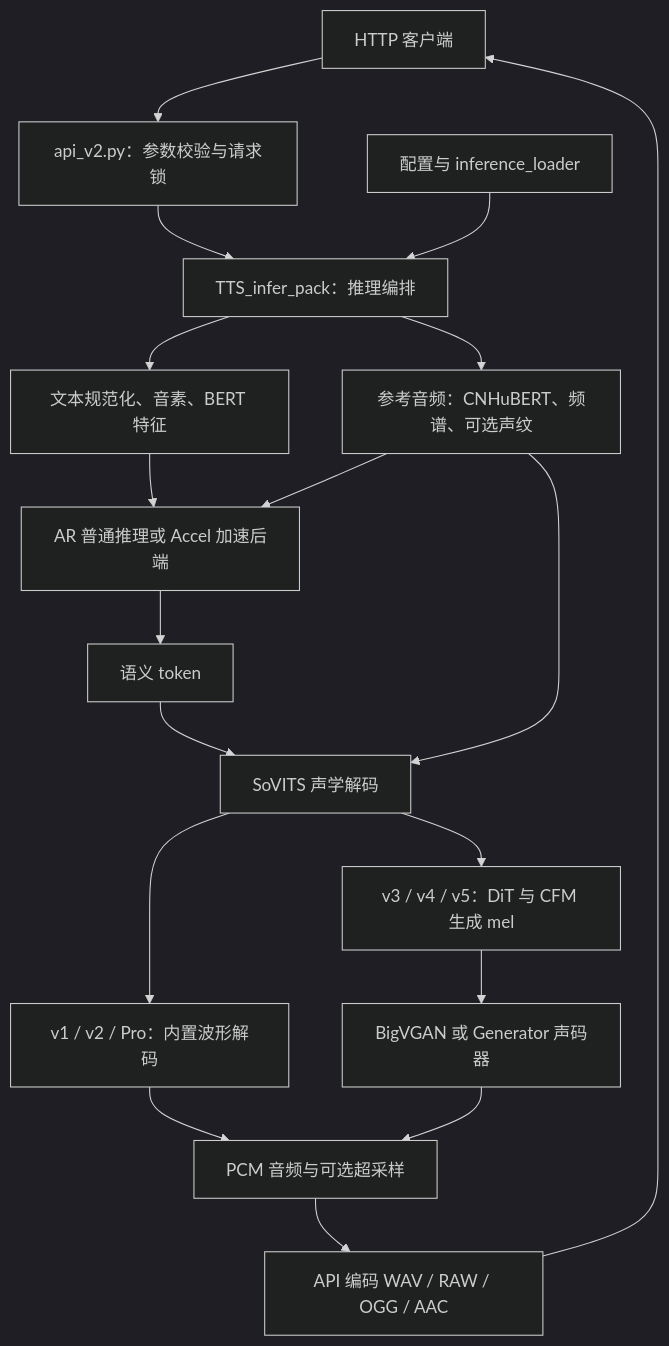
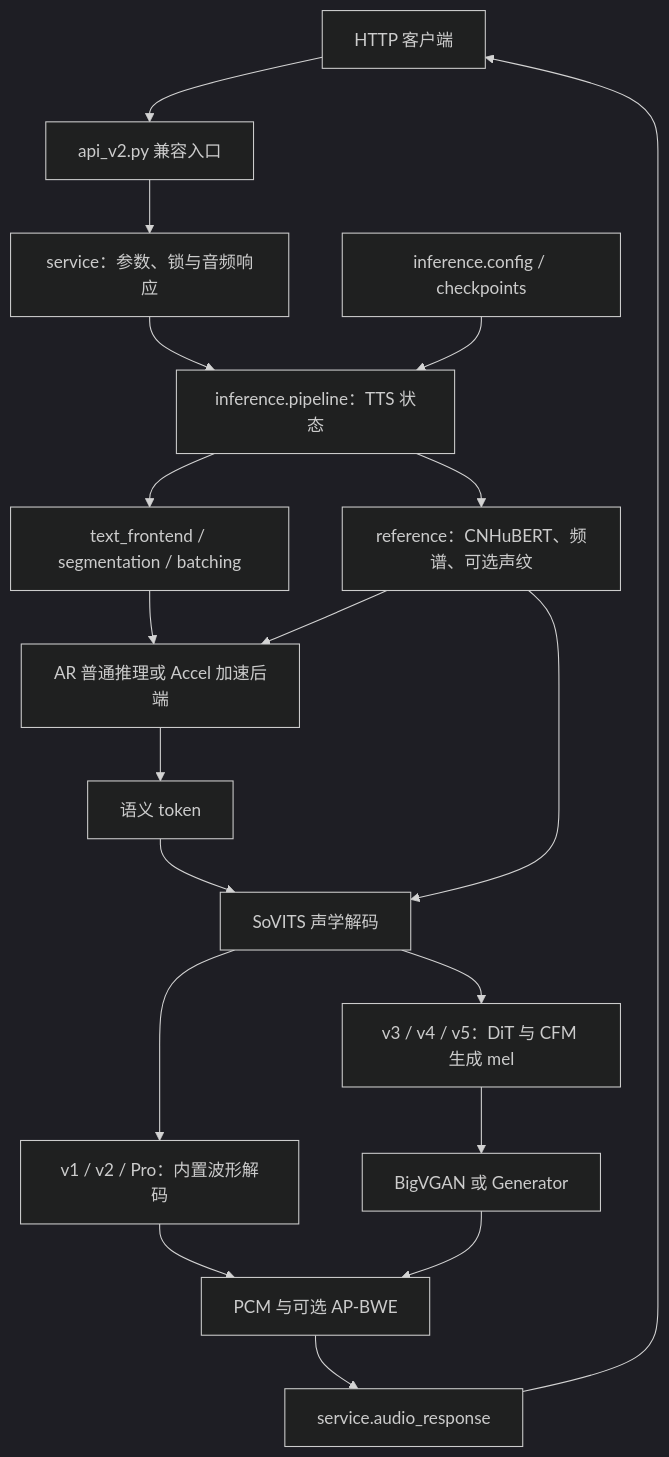
Before and after one commit to RVC-Boss/GPT-SoVITS: the diagram in docs/architecture.md, drawn with Mermaid (dark theme). The commit also changed other lines of this file and 78 other files, not shown here.

Commit message:
refactor: reorganize inference service architecture

````diff
--- a/docs/architecture.md
+++ b/docs/architecture.md
@@ -41,20 +51,21 @@
 ```mermaid
 flowchart TD
-    Client[HTTP 客户端] --> API[api_v2.py：参数校验与请求锁]
-    API --> TTS[TTS_infer_pack：推理编排]
-    Config[配置与 inference_loader] --> TTS
-    TTS --> Text[文本规范化、音素、BERT 特征]
-    TTS --> Reference[参考音频：CNHuBERT、频谱、可选声纹]
+    Client[HTTP 客户端] --> Launcher[api_v2.py 兼容入口]
+    Launcher --> Service[service：参数、锁与音频响应]
+    Service --> Pipeline[inference.pipeline：TTS 状态]
+    Config[inference.config / checkpoints] --> Pipeline
+    Pipeline --> Text[text_frontend / segmentation / batching]
+    Pipeline --> Reference[reference：CNHuBERT、频谱、可选声纹]
     Text --> AR[AR 普通推理或 Accel 加速后端]
     Reference --> AR
     AR --> Semantic[语义 token]
     Semantic --> SoVITS[SoVITS 声学解码]
     Reference --> SoVITS
     SoVITS --> Direct[v1 / v2 / Pro：内置波形解码]
     SoVITS --> CFM[v3 / v4 / v5：DiT 与 CFM 生成 mel]
-    CFM --> Vocoder[BigVGAN 或 Generator 声码器]
-    Direct --> PCM[PCM 音频与可选超采样]
+    CFM --> Vocoder[BigVGAN 或 Generator]
+    Direct --> PCM[PCM 与可选 AP-BWE]
     Vocoder --> PCM
-    PCM --> Encode[API 编码 WAV / RAW / OGG / AAC]
+    PCM --> Encode[service.audio_response]
     Encode --> Client
 ```
````
